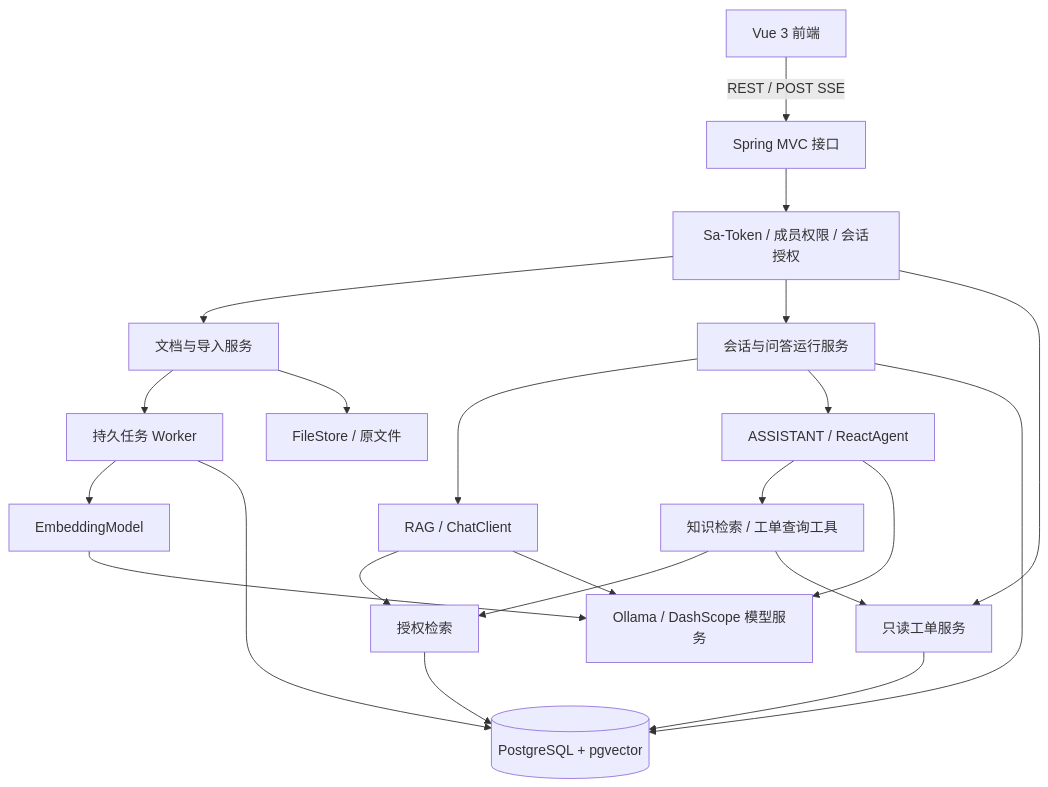
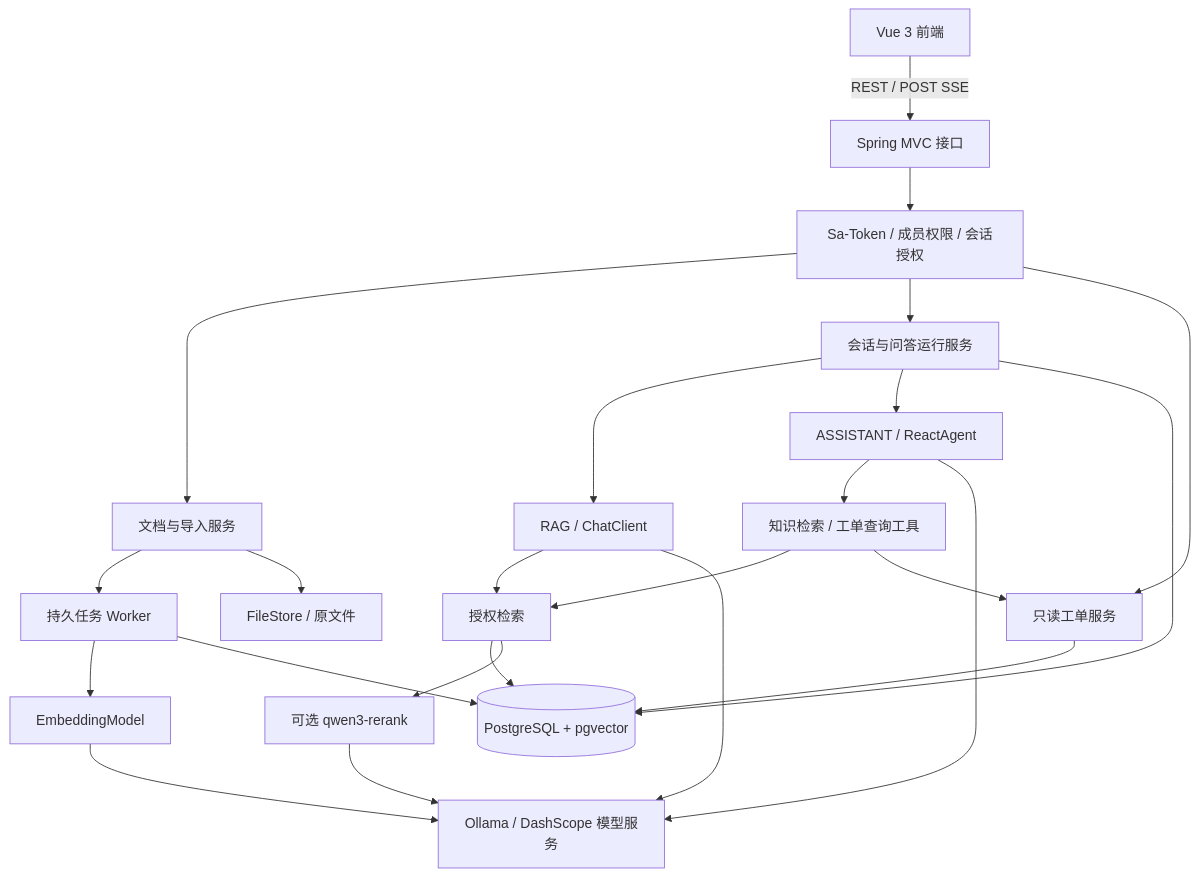
The diagram in README.md (linhaha-ai/support-ai), drawn with Mermaid before and after one commit. The commit also changed other lines of this file and 33 other files, not shown here.

````diff
--- a/README.md
+++ b/README.md
@@ -88,27 +90,29 @@
 ```mermaid
 flowchart TD
     WEB["Vue 3 前端"] -->|"REST / POST SSE"| API["Spring MVC 接口"]
     API --> AUTH["Sa-Token / 成员权限 / 会话授权"]
     AUTH --> DOC["文档与导入服务"]
     AUTH --> RUN["会话与问答运行服务"]
     AUTH --> TICKET["只读工单服务"]
 
     DOC --> WORKER["持久任务 Worker"]
     DOC --> FILES["FileStore / 原文件"]
     WORKER --> EMB["EmbeddingModel"]
     WORKER --> PG[("PostgreSQL + pgvector")]
 
     RUN --> RAG["RAG / ChatClient"]
     RUN --> AGENT["ASSISTANT / ReactAgent"]
     RAG --> RETRIEVAL["授权检索"]
     AGENT --> TOOLS["知识检索 / 工单查询工具"]
     TOOLS --> RETRIEVAL
     TOOLS --> TICKET
     RETRIEVAL --> PG
+    RETRIEVAL --> RERANK["可选 qwen3-rerank"]
+    RERANK --> MODEL
     TICKET --> PG
     RUN --> PG
 
     EMB --> MODEL["Ollama / DashScope 模型服务"]
     RAG --> MODEL
     AGENT --> MODEL
 ```
````
